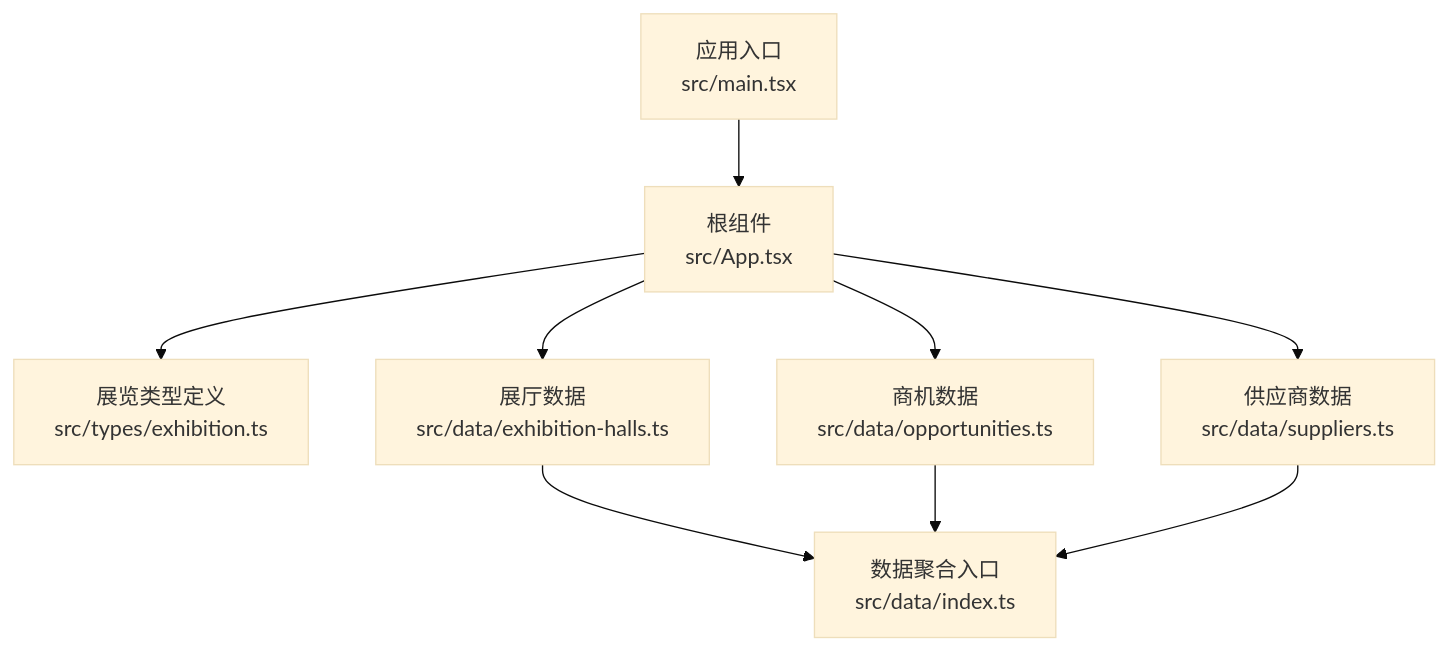
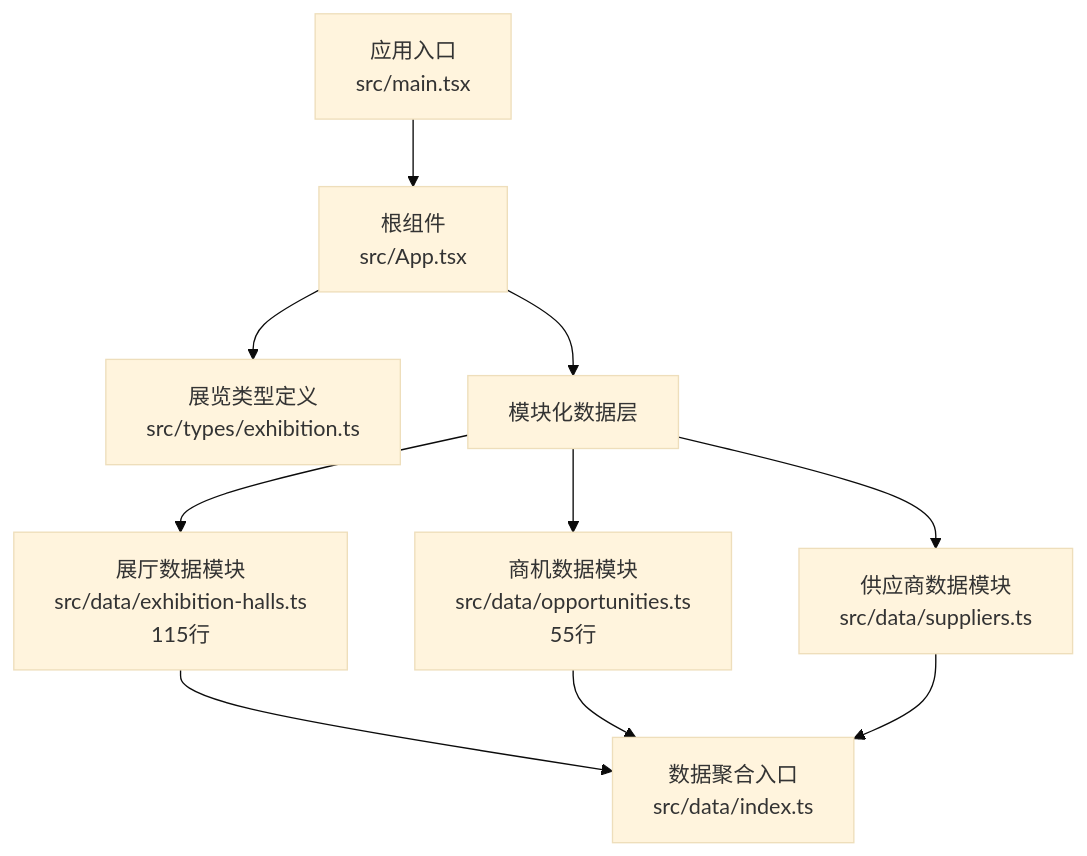
One commit to Hu-Right/supply-os changed the first of 8 diagrams in .qoder/repowiki/zh/content/数据管理/展览数据管理/展览数据管理.md. Above: the diagram before and after it, drawn with Mermaid (base theme). The commit also changed other lines of this file and 33 other files, not shown here.

````diff
--- a/.qoder/repowiki/zh/content/数据管理/展览数据管理/展览数据管理.md
+++ b/.qoder/repowiki/zh/content/数据管理/展览数据管理/展览数据管理.md
@@ -36,11 +50,12 @@
 ```mermaid
 graph TB
 A["应用入口<br/>src/main.tsx"] --> B["根组件<br/>src/App.tsx"]
 B --> C["展览类型定义<br/>src/types/exhibition.ts"]
-B --> D["展厅数据<br/>src/data/exhibition-halls.ts"]
-B --> E["商机数据<br/>src/data/opportunities.ts"]
-B --> F["供应商数据<br/>src/data/suppliers.ts"]
-D --> G["数据聚合入口<br/>src/data/index.ts"]
-E --> G
-F --> G
+B --> D["模块化数据层"]
+D --> E["展厅数据模块<br/>src/data/exhibition-halls.ts<br/>115行"]
+D --> F["商机数据模块<br/>src/data/opportunities.ts<br/>55行"]
+D --> G["供应商数据模块<br/>src/data/suppliers.ts"]
+E --> H["数据聚合入口<br/>src/data/index.ts"]
+F --> H
+G --> H
 ```
````
